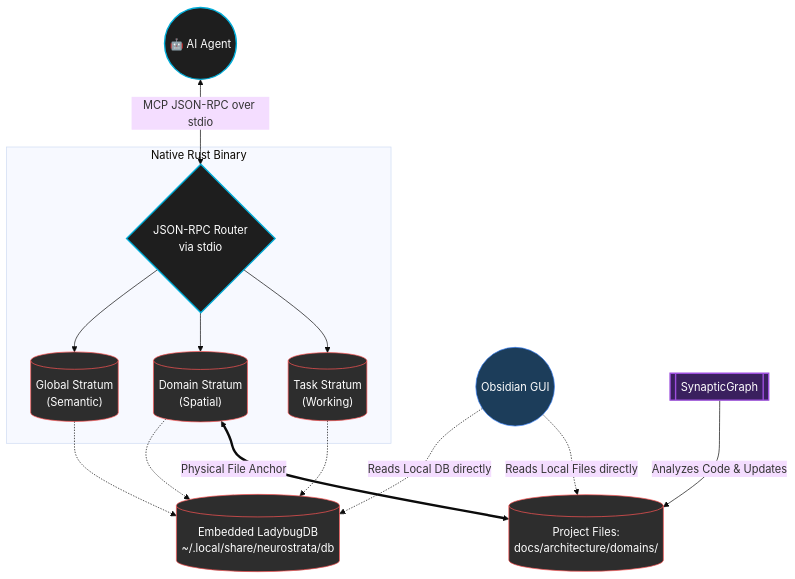
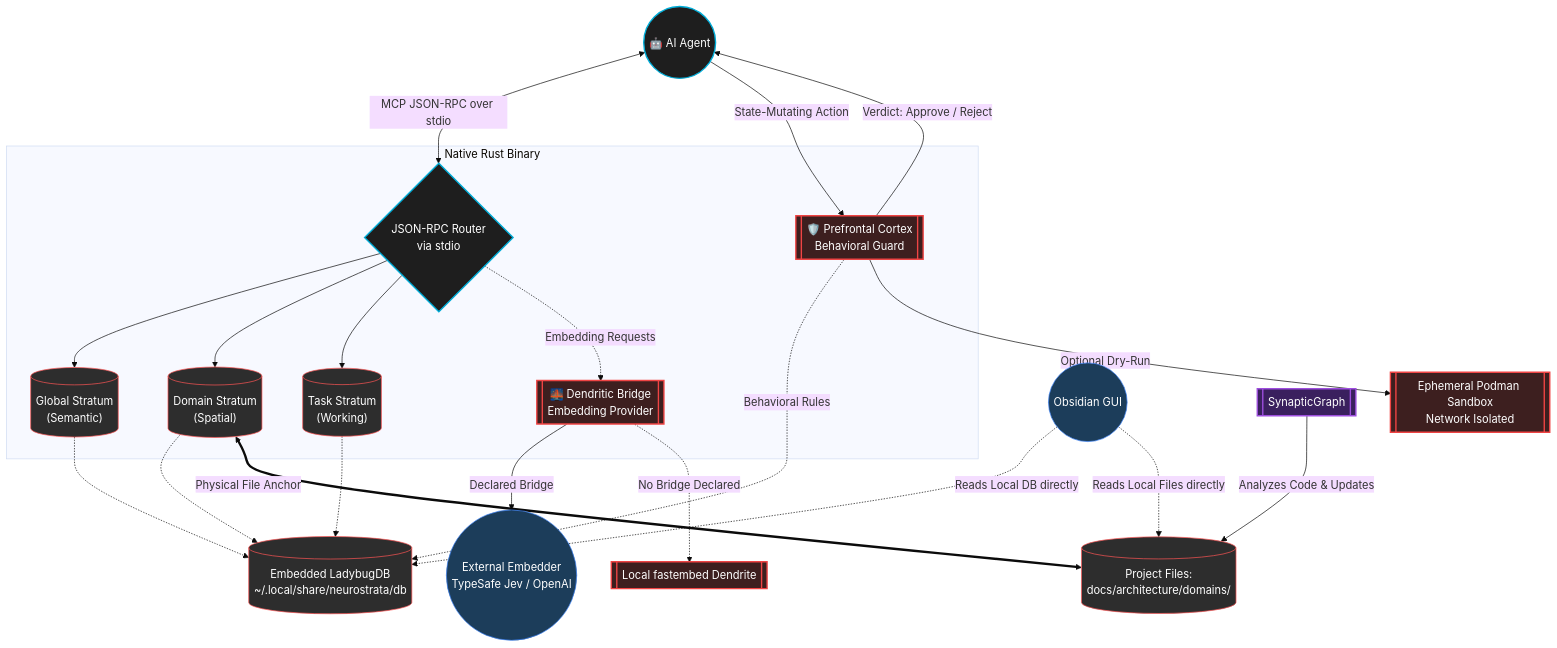
Before and after one commit to Cognilogical/NeuroStrata: the diagram in README.md, drawn with Mermaid (base theme). The commit also changed other lines of this file and 3 other files, not shown here.

First line of the commit message:
feat: integrate NeuroCortex guard as Prefrontal Cortex cognitive architecture

````diff
--- a/README.md
+++ b/README.md
@@ -72,42 +76,60 @@
 ```mermaid
 graph TD
     Agent((🤖 AI Agent))
     
     subgraph NeuroStrata MCP Server [Native Rust Binary]
         Router{JSON-RPC Router<br/>via stdio}
         
         Tier1[("Global Stratum<br/>(Semantic)")]
         Tier2[("Domain Stratum<br/>(Spatial)")]
         Tier3[("Task Stratum<br/>(Working)")]
+        
+        PFC[[🛡️ Prefrontal Cortex<br/>Behavioral Guard]]
+        Dendritic[[🌉 Dendritic Bridge<br/>Embedding Provider]]
     end
     
     LadybugDB[(Embedded LadybugDB<br/>~/.local/share/neurostrata/db)]
     PointerWiki[(Project Files:<br/>docs/architecture/domains/)]
     Obsidian((Obsidian GUI))
     SynapticGraph[[SynapticGraph]]
+    Sandbox[[Ephemeral Podman Sandbox<br/>Network Isolated]]
+    LocalEmbed[[Local fastembed Dendrite]]
+    RemoteAPI((External Embedder<br/>TypeSafe Jev / OpenAI))
     
     Agent <-->|MCP JSON-RPC over stdio| Router
     Router --> Tier1
     Router --> Tier2
     Router --> Tier3
     
     Tier1 -.-> LadybugDB
     Tier2 -.-> LadybugDB
     Tier3 -.-> LadybugDB
     
     Tier2 <==>|Physical File Anchor| PointerWiki
     SynapticGraph -->|Analyzes Code & Updates| PointerWiki
     
     Obsidian -.->|Reads Local DB directly| LadybugDB
     Obsidian -.->|Reads Local Files directly| PointerWiki
-
+    
+    Agent -->|State-Mutating Action| PFC
+    PFC -->|Verdict: Approve / Reject| Agent
+    PFC -.->|Behavioral Rules| LadybugDB
+    PFC -->|Optional Dry-Run| Sandbox
+    
+    Router -.->|Embedding Requests| Dendritic
+    Dendritic -->|Declared Bridge| RemoteAPI
+    Dendritic -.->|No Bridge Declared| LocalEmbed
+    
     classDef core fill:#1e1e1e,stroke:#00ADD8,stroke-width:2px,color:#fff;
     classDef memory fill:#2d2d2d,stroke:#ff5555,stroke-width:1px,color:#fff;
     classDef engine fill:#3a205e,stroke:#9d4edd,stroke-width:2px,color:#fff;
     classDef tool fill:#1c3d5a,stroke:#3b82f6,stroke-width:1px,color:#fff;
+    classDef guard fill:#3d1f1f,stroke:#ef4444,stroke-width:2px,color:#fff;
     
     class Agent,Router core;
     class Tier1,Tier2,Tier3,LadybugDB,PointerWiki memory;
     class SynapticGraph engine;
     class Obsidian tool;
+    class PFC,Dendritic,Sandbox,LocalEmbed guard;
+    class RemoteAPI tool;
 ```
````
